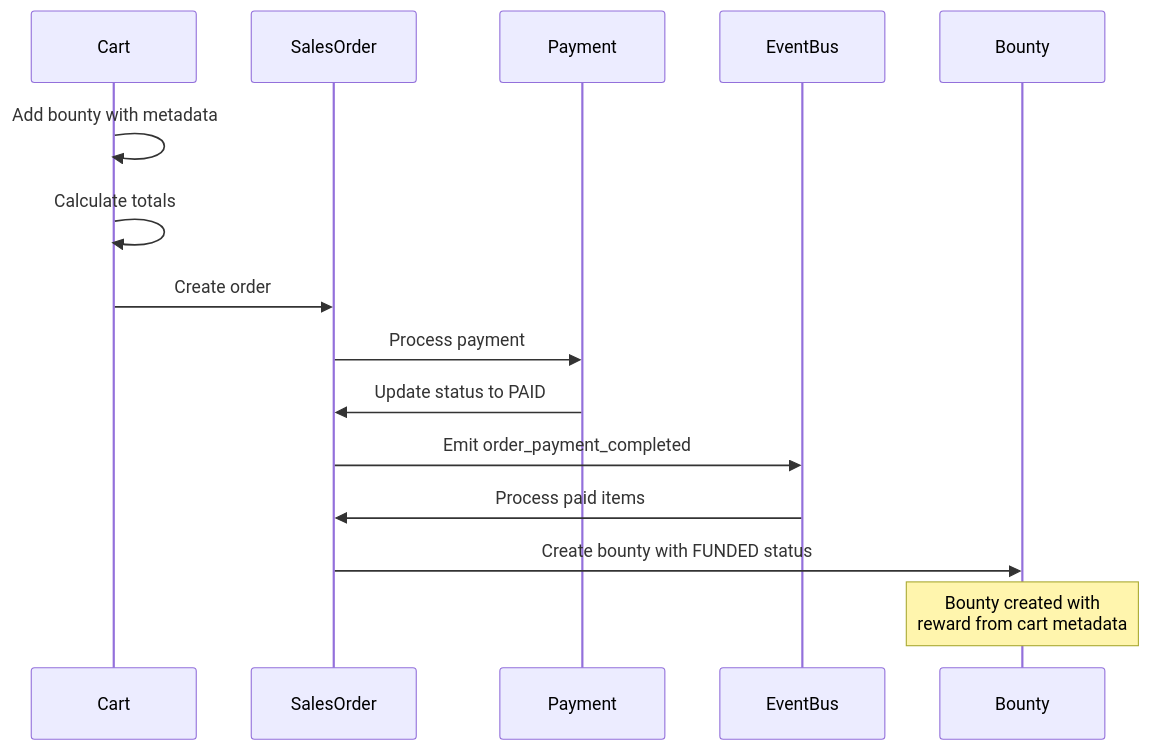
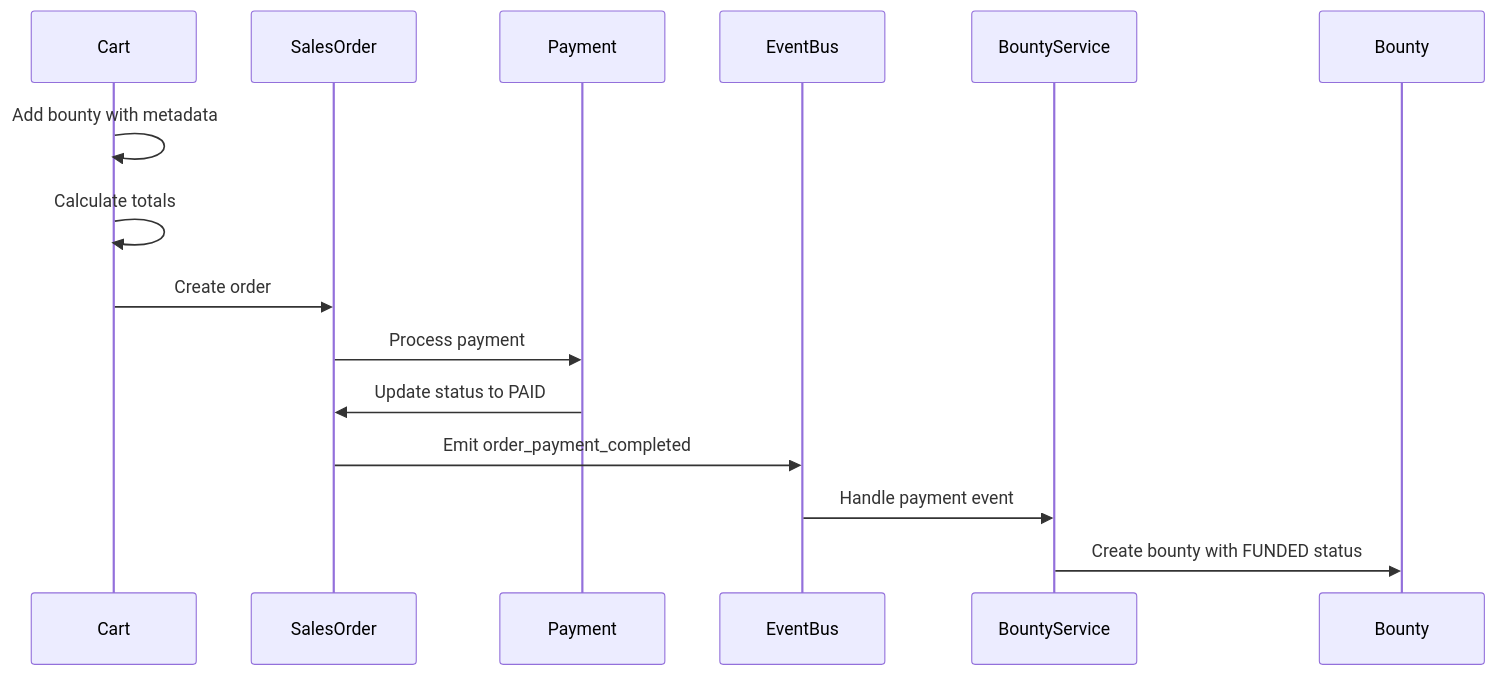
The diagram in docs/commerce_flow.md (adrianmcphee/platform), drawn with Mermaid before and after one commit. The commit also changed 11 other files, not shown here.

First line of the commit message:
Implement bounty creation flow with commerce integration

````diff
--- a/docs/commerce_flow.md
+++ b/docs/commerce_flow.md
@@ -31,18 +31,18 @@
 ```mermaid
 sequenceDiagram
     participant Cart
     participant SalesOrder
     participant Payment
     participant EventBus
+    participant BountyService
     participant Bounty
 
     Cart->>Cart: Add bounty with metadata
     Cart->>Cart: Calculate totals
     Cart->>SalesOrder: Create order
     SalesOrder->>Payment: Process payment
     Payment->>SalesOrder: Update status to PAID
     SalesOrder->>EventBus: Emit order_payment_completed
-    EventBus->>SalesOrder: Process paid items
-    SalesOrder->>Bounty: Create bounty with FUNDED status
-    Note over Bounty: Bounty created with<br/>reward from cart metadata
+    EventBus->>BountyService: Handle payment event
+    BountyService->>Bounty: Create bounty with FUNDED status
 ```
````
